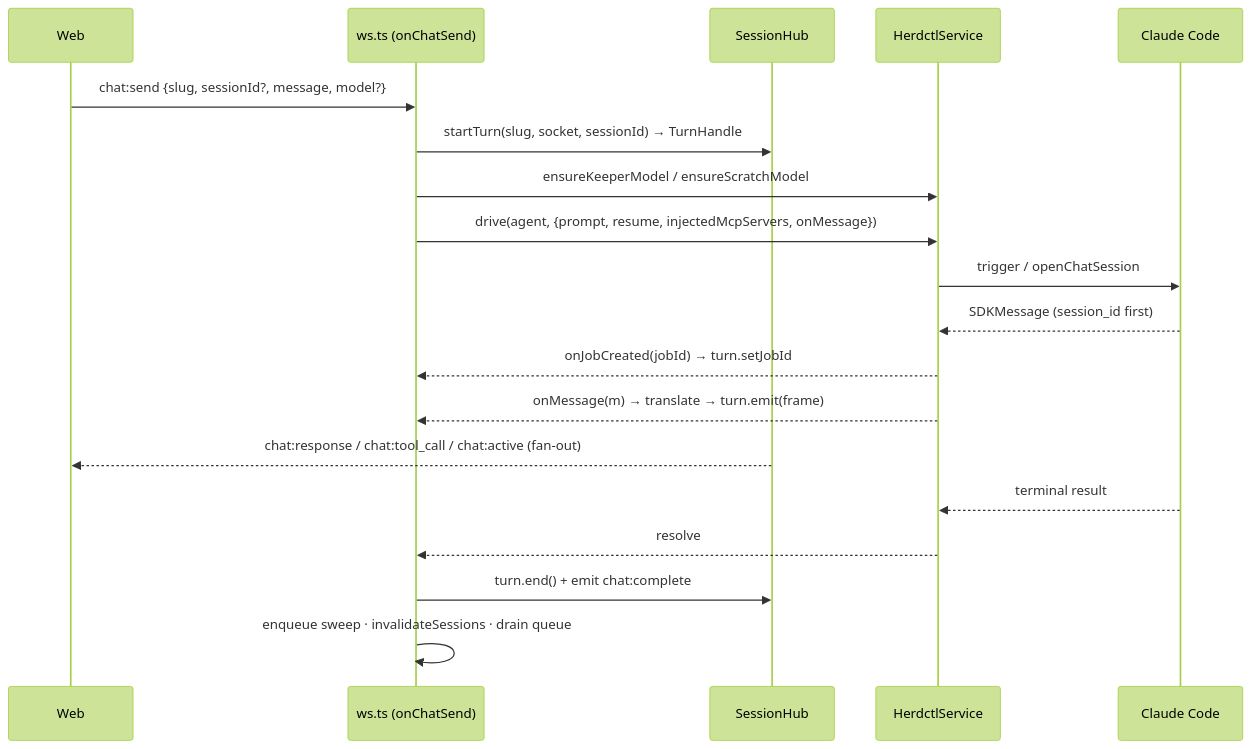
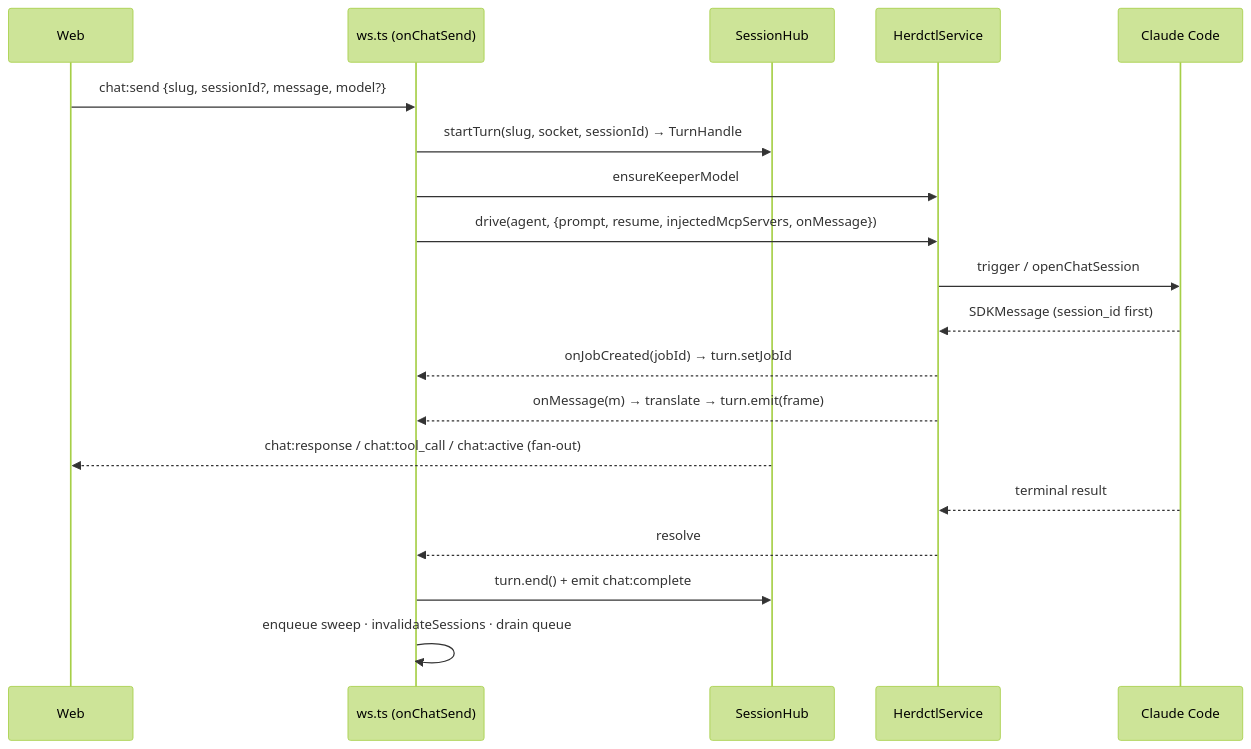
The third of 3 diagrams in docs/ARCHITECTURE.md (edspencer/paddock), drawn with Mermaid (forest theme) before and after one commit. The commit also changed other lines of this file and 85 other files, not shown here.

````diff
--- a/docs/ARCHITECTURE.md
+++ b/docs/ARCHITECTURE.md
@@ -256,22 +256,22 @@
 ```mermaid
 sequenceDiagram
   participant Web
   participant WS as ws.ts (onChatSend)
   participant Hub as SessionHub
   participant Herd as HerdctlService
   participant Claude as Claude Code
 
   Web->>WS: chat:send {slug, sessionId?, message, model?}
   WS->>Hub: startTurn(slug, socket, sessionId) → TurnHandle
-  WS->>Herd: ensureKeeperModel / ensureScratchModel
+  WS->>Herd: ensureKeeperModel
   WS->>Herd: drive(agent, {prompt, resume, injectedMcpServers, onMessage})
   Herd->>Claude: trigger / openChatSession
   Claude-->>Herd: SDKMessage (session_id first)
   Herd-->>WS: onJobCreated(jobId) → turn.setJobId
   Herd-->>WS: onMessage(m) → translate → turn.emit(frame)
   Hub-->>Web: chat:response / chat:tool_call / chat:active (fan-out)
   Claude-->>Herd: terminal result
   Herd-->>WS: resolve
   WS->>Hub: turn.end() + emit chat:complete
   WS->>WS: enqueue sweep · invalidateSessions · drain queue
 ```
````
